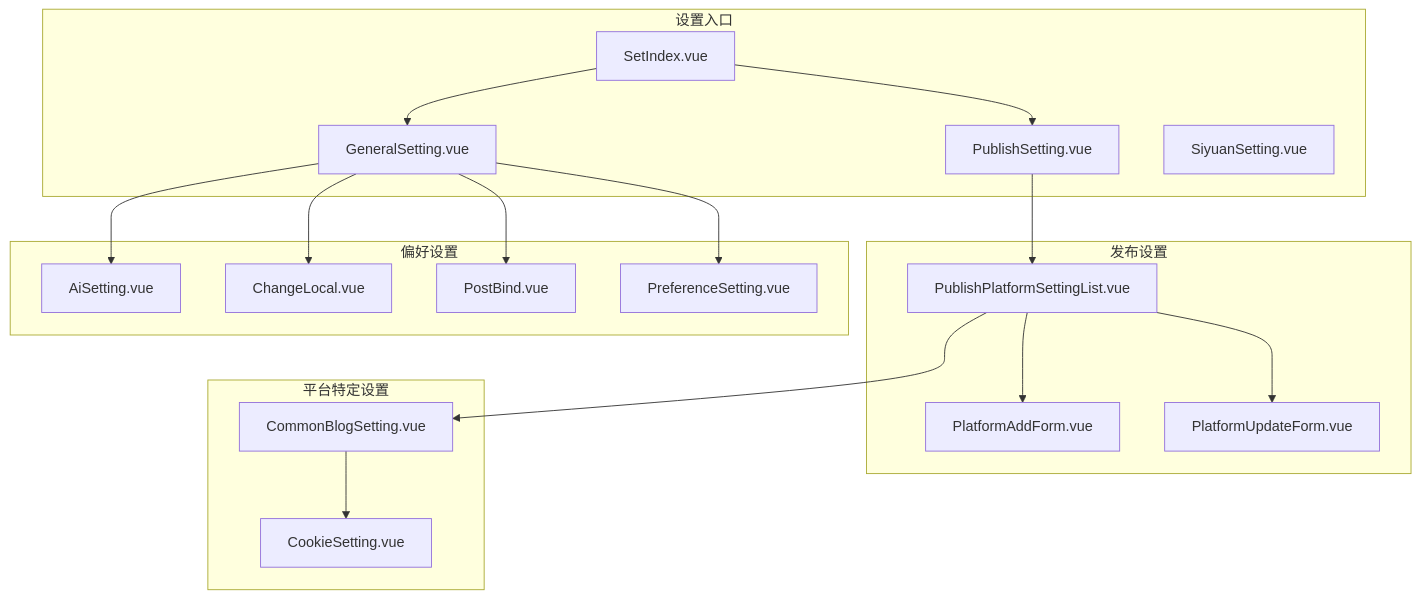
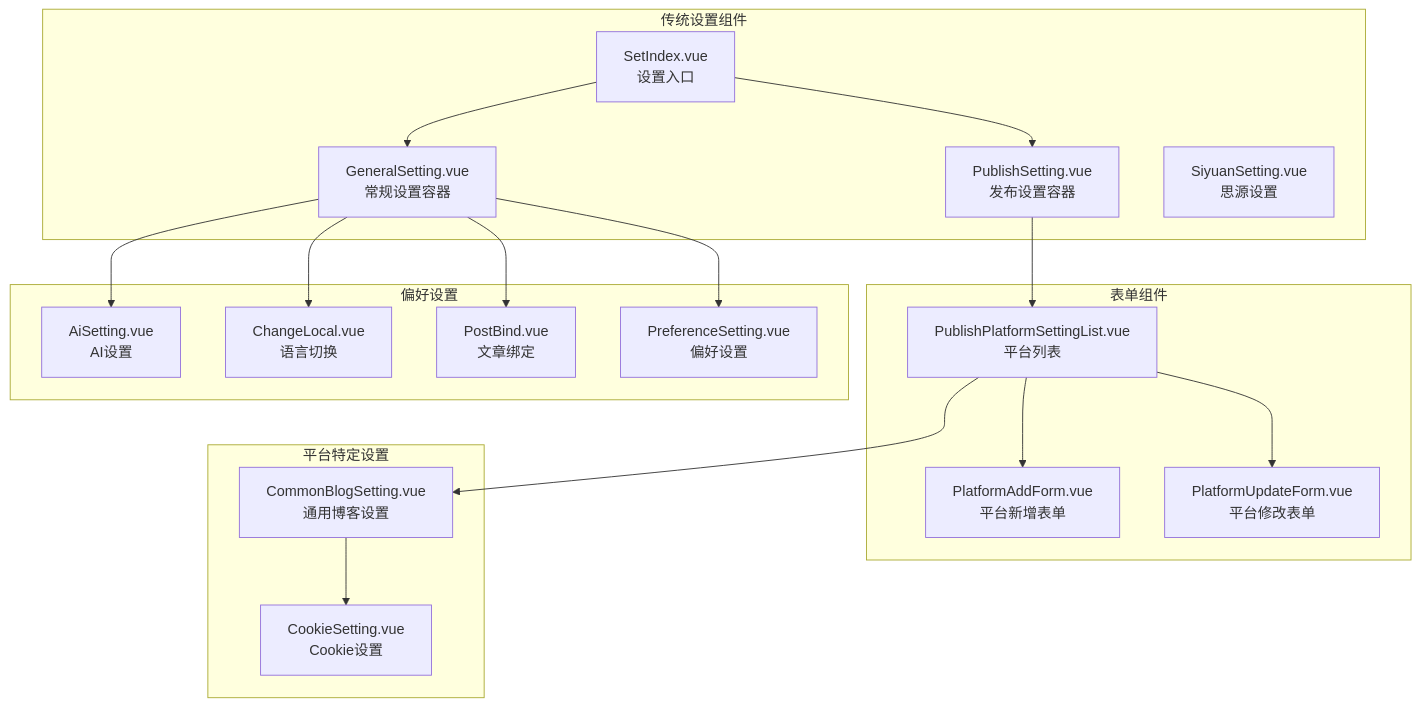
Before and after one commit to terwer/siyuan-plugin-publisher: the first of 6 diagrams in .qoder/repowiki/zh/content/用户界面组件/设置组件/设置组件.md, drawn with Mermaid. The commit also changed other lines of this file and 18 other files, not shown here.

First line of the commit message:
docs(core-architecture): add detailed Composition API design patterns document

````diff
--- a/.qoder/repowiki/zh/content/用户界面组件/设置组件/设置组件.md
+++ b/.qoder/repowiki/zh/content/用户界面组件/设置组件/设置组件.md
@@ -45,35 +90,35 @@
 ```mermaid
 graph TB
-subgraph "设置入口"
-SI["SetIndex.vue"]
-PS["PublishSetting.vue"]
-GS["GeneralSetting.vue"]
-SS["SiyuanSetting.vue"]
+subgraph "传统设置组件"
+SI["SetIndex.vue<br/>设置入口"]
+PS["PublishSetting.vue<br/>发布设置容器"]
+GS["GeneralSetting.vue<br/>常规设置容器"]
+SS["SiyuanSetting.vue<br/>思源设置"]
 end
-subgraph "发布设置"
-PAF["PlatformAddForm.vue"]
-PUF["PlatformUpdateForm.vue"]
-PLS["PublishPlatformSettingList.vue"]
+subgraph "表单组件"
+PAF["PlatformAddForm.vue<br/>平台新增表单"]
+PUF["PlatformUpdateForm.vue<br/>平台修改表单"]
+PLS["PublishPlatformSettingList.vue<br/>平台列表"]
 end
 subgraph "偏好设置"
-AIS["AiSetting.vue"]
-CLS["ChangeLocal.vue"]
-PBS["PostBind.vue"]
-PRS["PreferenceSetting.vue"]
+AIS["AiSetting.vue<br/>AI设置"]
+CLS["ChangeLocal.vue<br/>语言切换"]
+PBS["PostBind.vue<br/>文章绑定"]
+PRS["PreferenceSetting.vue<br/>偏好设置"]
 end
 subgraph "平台特定设置"
-CBS["CommonBlogSetting.vue"]
-CKS["CookieSetting.vue"]
+CBS["CommonBlogSetting.vue<br/>通用博客设置"]
+CKS["CookieSetting.vue<br/>Cookie设置"]
 end
 SI --> PS
 SI --> GS
 GS --> AIS
 GS --> CLS
 GS --> PBS
 GS --> PRS
 PS --> PLS
 PLS --> PAF
 PLS --> PUF
 PLS --> CBS
 CBS --> CKS
 ```
````
